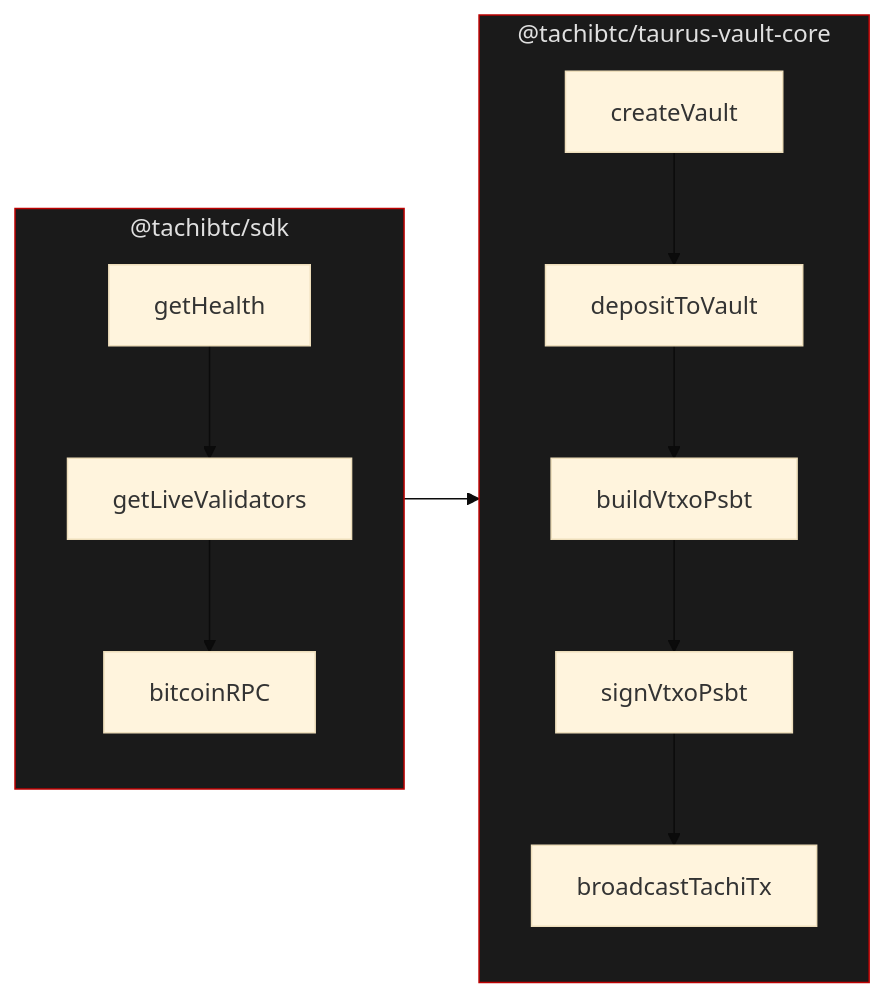
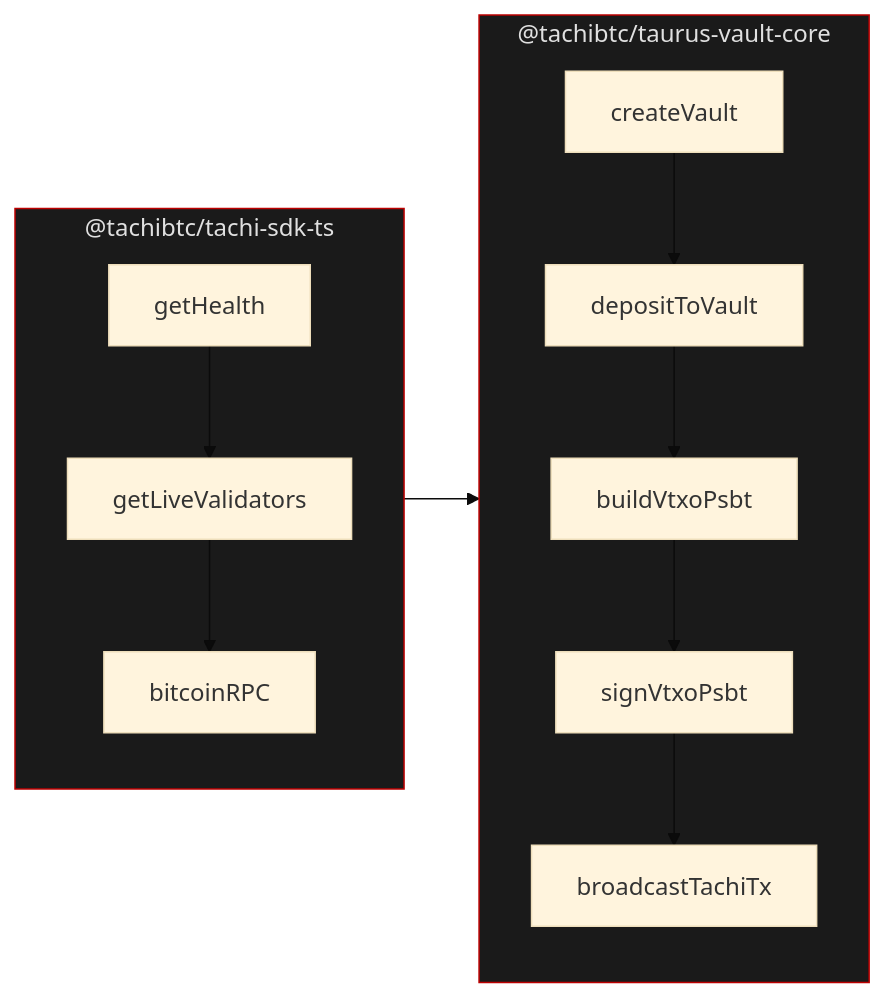
Before and after one commit to tachibtc/tachi-sdk-ts: the diagram in website/docs/tutorial.md, drawn with Mermaid (base theme). The commit also changed other lines of this file and 9 other files, not shown here.

````diff
--- a/website/docs/tutorial.md
+++ b/website/docs/tutorial.md
@@ -234,19 +227,19 @@
 ```mermaid
 flowchart LR
-    subgraph SDK["@tachibtc/sdk"]
+    subgraph SDK["@tachibtc/tachi-sdk-ts"]
         A[getHealth] --> B[getLiveValidators]
         B --> C[bitcoinRPC]
     end
 
     subgraph VAULT["@tachibtc/taurus-vault-core"]
         D[createVault] --> E[depositToVault]
         E --> F[buildVtxoPsbt]
         F --> G[signVtxoPsbt]
         G --> H[broadcastTachiTx]
     end
 
     SDK --> VAULT
 
     style SDK fill:#1a1a1a,stroke:#BC0000,color:#e0e0e0
     style VAULT fill:#1a1a1a,stroke:#BC0000,color:#e0e0e0
 ```
````
